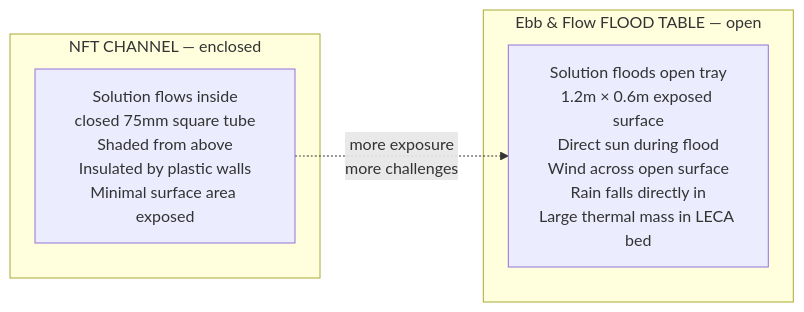
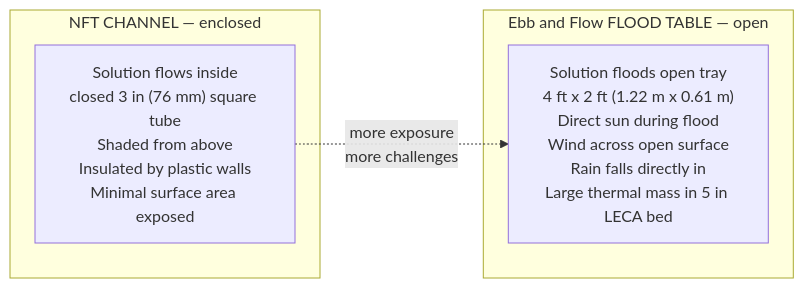
The first of 2 diagrams in guide/ebb-and-flow/10-climate-management.md (UncleJS/guide_hydroponics), drawn with Mermaid before and after one commit. The commit also changed other lines of this file and 35 other files, not shown here.

````diff
--- a/guide/ebb-and-flow/10-climate-management.md
+++ b/guide/ebb-and-flow/10-climate-management.md
@@ -50,10 +50,10 @@
 ```mermaid
 flowchart LR
     subgraph nft["NFT CHANNEL — enclosed"]
-        NC["Solution flows inside<br/>closed 75mm square tube<br/>Shaded from above<br/>Insulated by plastic walls<br/>Minimal surface area exposed"]
+        NC["Solution flows inside<br/>closed 3 in (76 mm) square tube<br/>Shaded from above<br/>Insulated by plastic walls<br/>Minimal surface area exposed"]
     end
-    subgraph ef["Ebb &amp; Flow FLOOD TABLE — open"]
-        ET["Solution floods open tray<br/>1.2m × 0.6m exposed surface<br/>Direct sun during flood<br/>Wind across open surface<br/>Rain falls directly in<br/>Large thermal mass in LECA bed"]
+    subgraph ef["Ebb and Flow FLOOD TABLE — open"]
+        ET["Solution floods open tray<br/>4 ft x 2 ft (1.22 m x 0.61 m)<br/>Direct sun during flood<br/>Wind across open surface<br/>Rain falls directly in<br/>Large thermal mass in 5 in LECA bed"]
     end
     NC -.->|"more exposure<br/>more challenges"| ET
 ```
````
